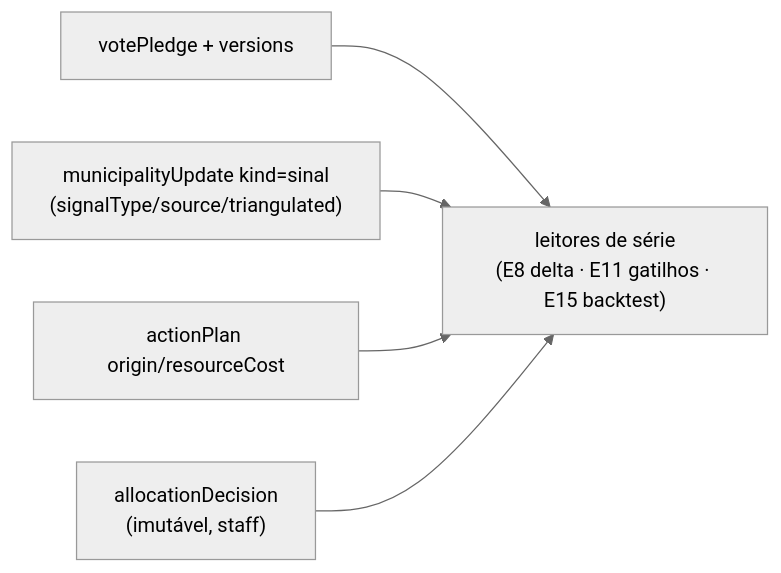
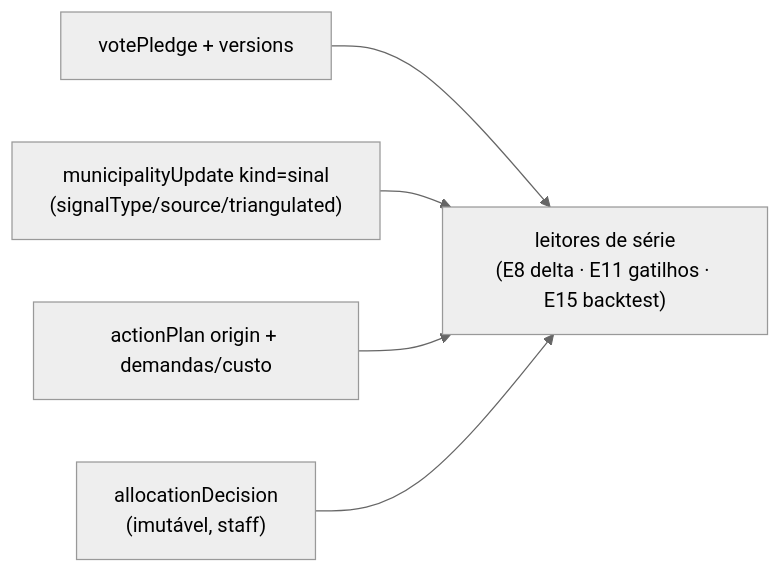
The diagram in docs/plans/registro-fundacao.md (fsolla/teqo), drawn with Mermaid (neutral theme) before and after one commit. The commit also changed other lines of this file and 43 other files, not shown here.

````diff
--- a/docs/plans/registro-fundacao.md
+++ b/docs/plans/registro-fundacao.md
@@ -50,12 +50,12 @@
 ```mermaid
 flowchart LR
     Pledge["votePledge + versions"]
     Update["municipalityUpdate kind=sinal<br/>(signalType/source/triangulated)"]
-    Plan["actionPlan origin/resourceCost"]
+    Plan["actionPlan origin + demandas/custo"]
     Dec["allocationDecision<br/>(imutável, staff)"]
     Series["leitores de série<br/>(E8 delta · E11 gatilhos · E15 backtest)"]
     Pledge --> Series
     Update --> Series
     Plan --> Series
     Dec --> Series
 ```
````
